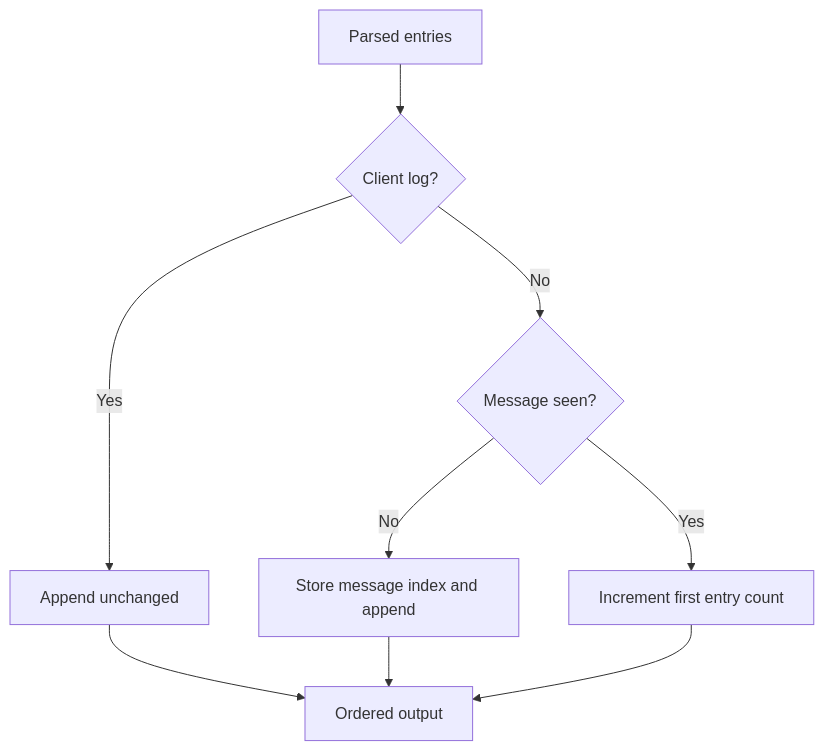
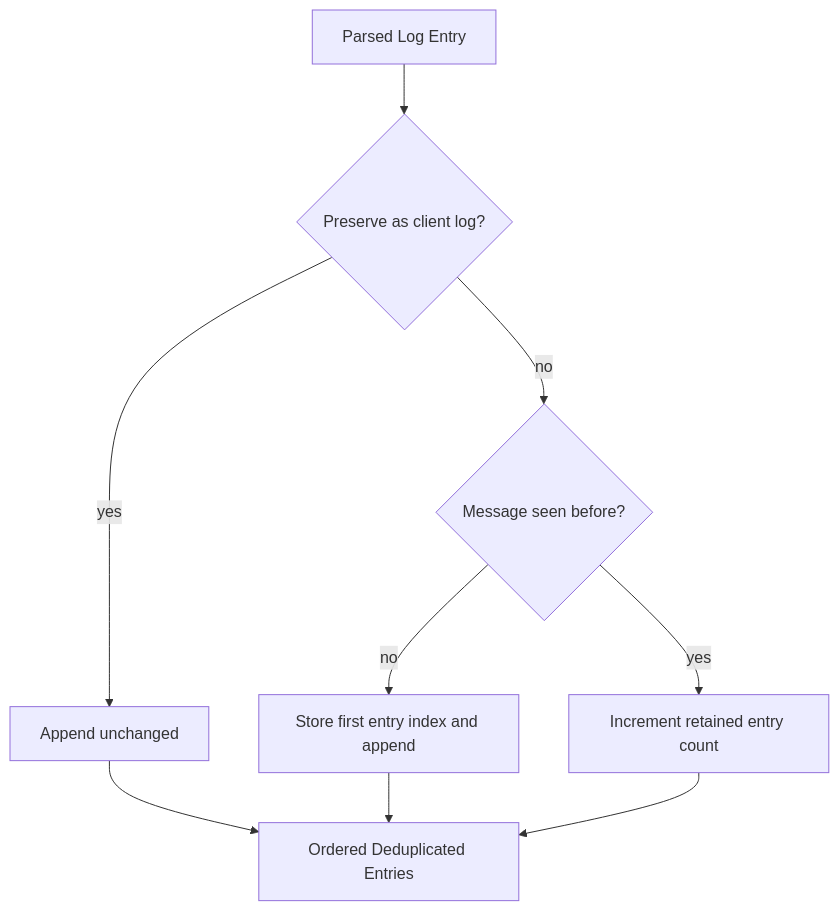
One commit to flamingo-stack/openframe-oss-tenant changed the fourth of 5 diagrams in docs/reference/architecture/openframe-client-core/logging-parse/logging-parse.md. Above: the diagram before and after it, drawn with Mermaid. The commit also changed other lines of this file and 2377 other files, not shown here.

````diff
--- a/docs/reference/architecture/openframe-client-core/logging-parse/logging-parse.md
+++ b/docs/reference/architecture/openframe-client-core/logging-parse/logging-parse.md
@@ -110,11 +114,11 @@
 ```mermaid
 flowchart TD
-    Input["Parsed entries"] --> Classify{"Client log?"}
-    Classify -->|"Yes"| Preserve["Append unchanged"]
-    Classify -->|"No"| Seen{"Message seen?"}
-    Seen -->|"No"| First["Store message index and append"]
-    Seen -->|"Yes"| Increment["Increment first entry count"]
-    Preserve --> Output["Ordered output"]
+    Input["Parsed Log Entry"] --> Client{"Preserve as client log?"}
+    Client -->|"yes"| Keep["Append unchanged"]
+    Client -->|"no"| Seen{"Message seen before?"}
+    Seen -->|"no"| First["Store first entry index and append"]
+    Seen -->|"yes"| Count["Increment retained entry count"]
+    Keep --> Output["Ordered Deduplicated Entries"]
     First --> Output
-    Increment --> Output
+    Count --> Output
 ```
````
